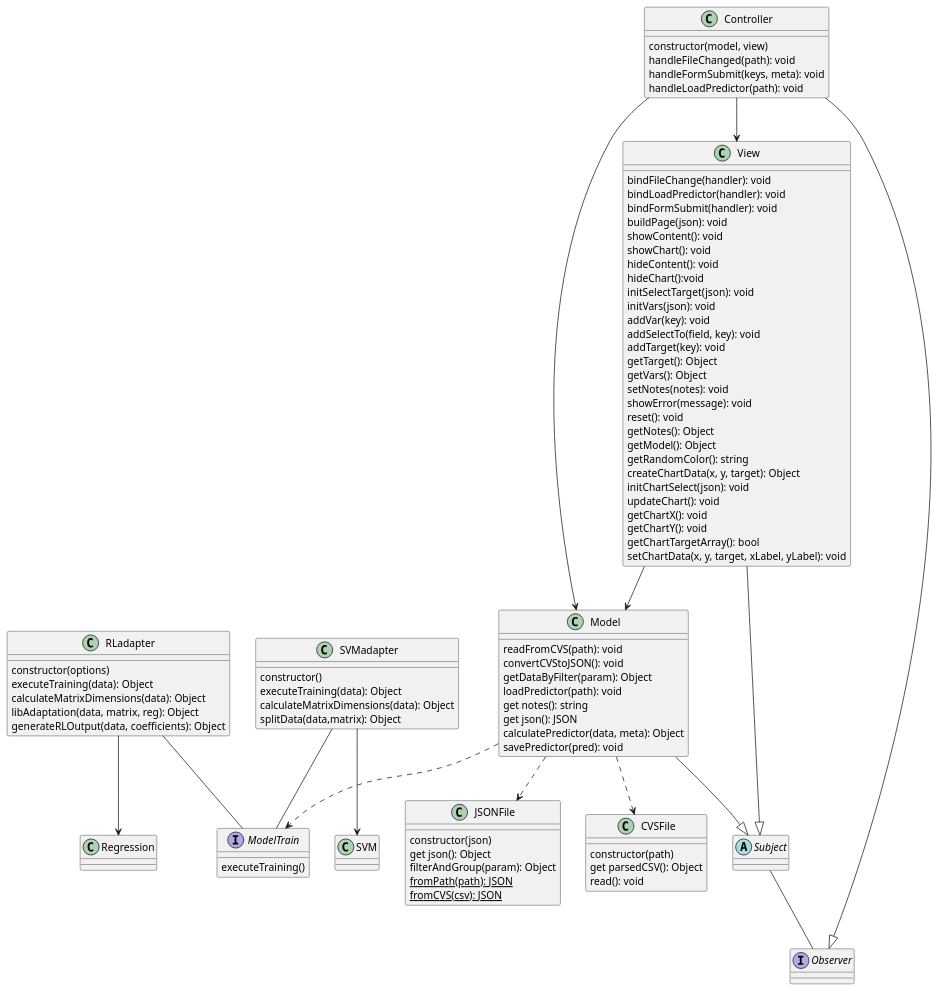
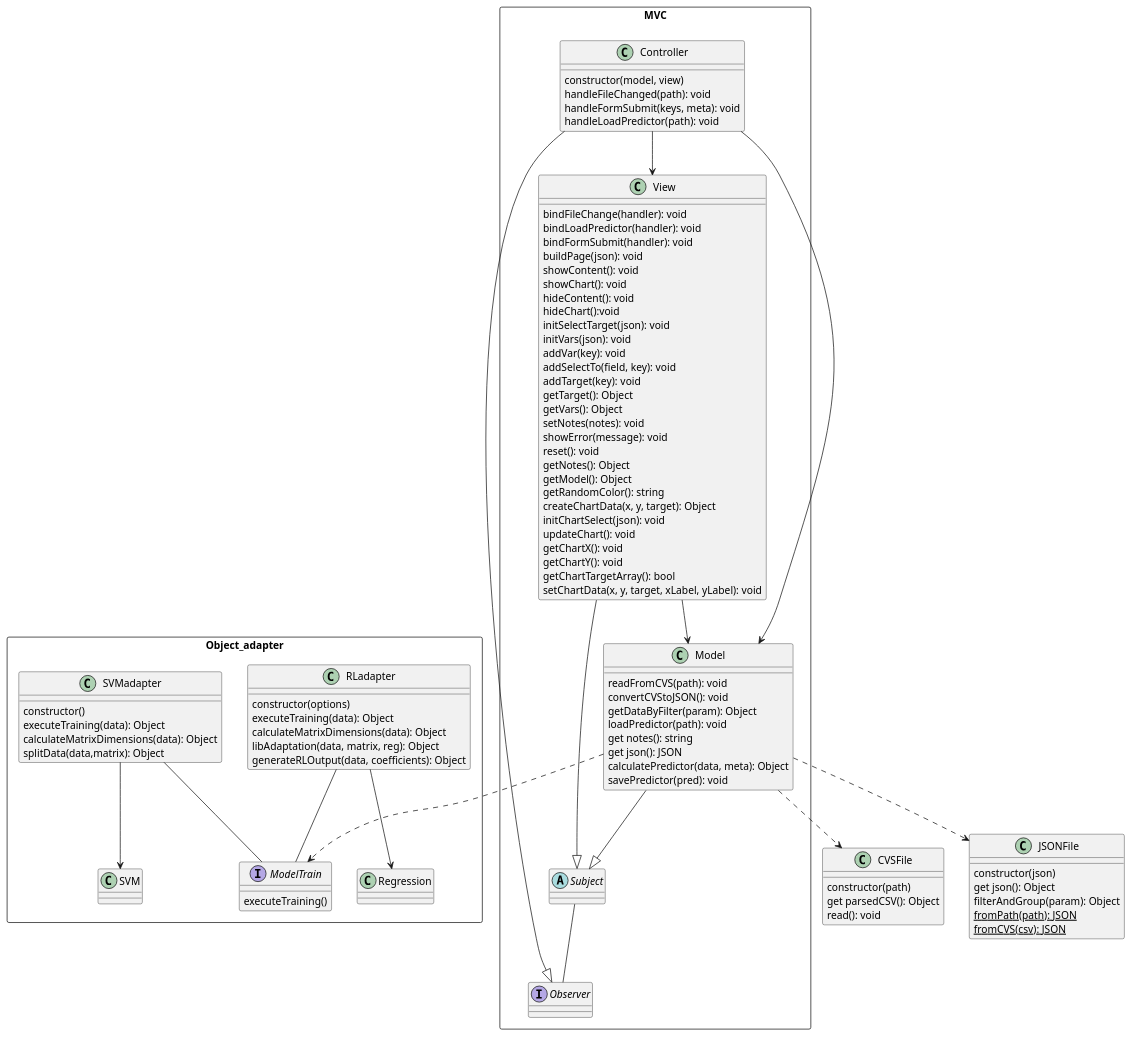
One commit to sofiabononi/project-docs changed the diagram in esterni/diagrammi/diagrammi-training-app/src/classDiagram.plantuml. Above: the diagram before and after it, drawn with PlantUML. The commit also changed 2 other files, not shown here.

Commit message:
docs: modifica file diagrammi classi

```diff
--- a/esterni/diagrammi/diagrammi-training-app/src/classDiagram.plantuml
+++ b/esterni/diagrammi/diagrammi-training-app/src/classDiagram.plantuml
@@ -1,113 +1,121 @@
 @startuml
 
-interface ModelTrain
-ModelTrain : executeTraining()
+class CVSFile{
+    constructor(path)
+    get parsedCSV(): Object
+    read(): void
+}
 
+class JSONFile{
+  constructor(json)
+  get json(): Object
+  filterAndGroup(param): Object
+  {static} fromPath(path): JSON
+  {static} fromCVS(csv): JSON
+}
+
+package Object_adapter <<Rectangle>>{
 class RLadapter{
     constructor(options)
     executeTraining(data): Object
     calculateMatrixDimensions(data): Object
     libAdaptation(data, matrix, reg): Object
     generateRLOutput(data, coefficients): Object
 }
 
 class SVMadapter{
     constructor()
     executeTraining(data): Object
     calculateMatrixDimensions(data): Object
     splitData(data,matrix): Object
 }
 
 class Regression
 class SVM
 
-class CVSFile{
-    constructor(path)
-    get parsedCSV(): Object
-    read(): void
+
+interface ModelTrain
+ModelTrain : executeTraining()
 }
 
-class JSONFile{
-  constructor(json)
-  get json(): Object
-  filterAndGroup(param): Object
-  {static} fromPath(path): JSON
-  {static} fromCVS(csv): JSON
-}
-
+package MVC <<Rectangle>> {
+together {
 class Model{
     readFromCVS(path): void
     convertCVStoJSON(): void
     getDataByFilter(param): Object
     loadPredictor(path): void
     get notes(): string
     get json(): JSON
     calculatePredictor(data, meta): Object
     savePredictor(pred): void
 }
+
 
 class Controller{
     constructor(model, view)
     handleFileChanged(path): void
     handleFormSubmit(keys, meta): void
     handleLoadPredictor(path): void
 }
 
 class View{
     bindFileChange(handler): void
     bindLoadPredictor(handler): void
     bindFormSubmit(handler): void
     buildPage(json): void
     showContent(): void
     showChart(): void
     hideContent(): void
     hideChart():void
     initSelectTarget(json): void
     initVars(json): void
     addVar(key): void
     addSelectTo(field, key): void
     addTarget(key): void
     getTarget(): Object
     getVars(): Object
     setNotes(notes): void
     showError(message): void
     reset(): void
     getNotes(): Object
     getModel(): Object
     getRandomColor(): string
     createChartData(x, y, target): Object
     initChartSelect(json): void
     updateChart(): void
     getChartX(): void
     getChartY(): void
     getChartTargetArray(): bool
     setChartData(x, y, target, xLabel, yLabel): void
     
 }
+}
 
 interface Observer
 abstract class Subject
+}
 
 SVMadapter -- ModelTrain
 RLadapter -- ModelTrain
 
 SVMadapter --> SVM
 RLadapter --> Regression
 
 Model ..> ModelTrain
 
 Controller --> View
 Controller --> Model
 
 Model ..> CVSFile
 Model ..> JSONFile
 
 Controller --|> Observer
 Subject -- Observer
 View --|> Subject
 Model --|> Subject
 View --> Model
 
 ' class MainWindow
 
 @enduml
```
